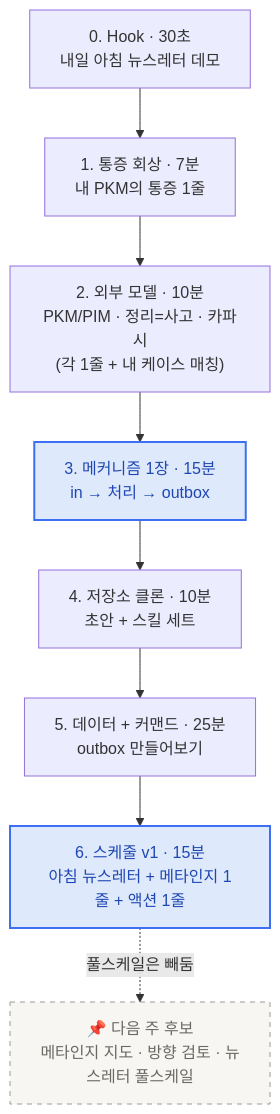
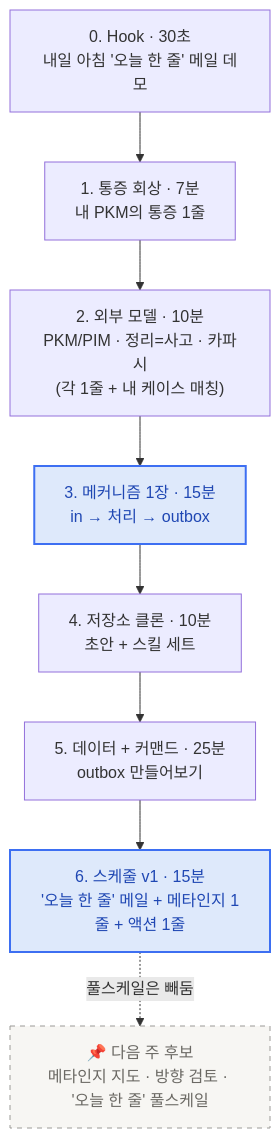
Before and after one commit to effectiveai-io/my-learning-agent: the diagram in content/week2/index.mdx, drawn with Mermaid. The commit also changed other lines of this file and 4 other files, not shown here.

````diff
--- a/content/week2/index.mdx
+++ b/content/week2/index.mdx
@@ -12,19 +12,19 @@
 ```mermaid
 flowchart TD
-    Hook["0. Hook · 30초<br/>내일 아침 뉴스레터 데모"]
+    Hook["0. Hook · 30초<br/>내일 아침 '오늘 한 줄' 메일 데모"]
     S1["1. 통증 회상 · 7분<br/>내 PKM의 통증 1줄"]
     S2["2. 외부 모델 · 10분<br/>PKM/PIM · 정리=사고 · 카파시<br/>(각 1줄 + 내 케이스 매칭)"]
     S3["3. 메커니즘 1장 · 15분<br/>in → 처리 → outbox"]
     S4["4. 저장소 클론 · 10분<br/>초안 + 스킬 세트"]
     S5["5. 데이터 + 커맨드 · 25분<br/>outbox 만들어보기"]
-    S6["6. 스케줄 v1 · 15분<br/>아침 뉴스레터 + 메타인지 1줄 + 액션 1줄"]
-    Park["📌 다음 주 후보<br/>메타인지 지도 · 방향 검토 · 뉴스레터 풀스케일"]
+    S6["6. 스케줄 v1 · 15분<br/>'오늘 한 줄' 메일 + 메타인지 1줄 + 액션 1줄"]
+    Park["📌 다음 주 후보<br/>메타인지 지도 · 방향 검토 · '오늘 한 줄' 풀스케일"]
 
     Hook --> S1 --> S2 --> S3 --> S4 --> S5 --> S6
     S6 -.->|풀스케일은 빼둠| Park
 
     classDef anchor fill:#dee9fb,stroke:#3d6ff2,stroke-width:2px,color:#1f47b3
     classDef park fill:#f7f6f3,stroke:#9b9a97,stroke-dasharray:5,color:#6b6964
     class S3,S6 anchor
     class Park park
 ```
````
